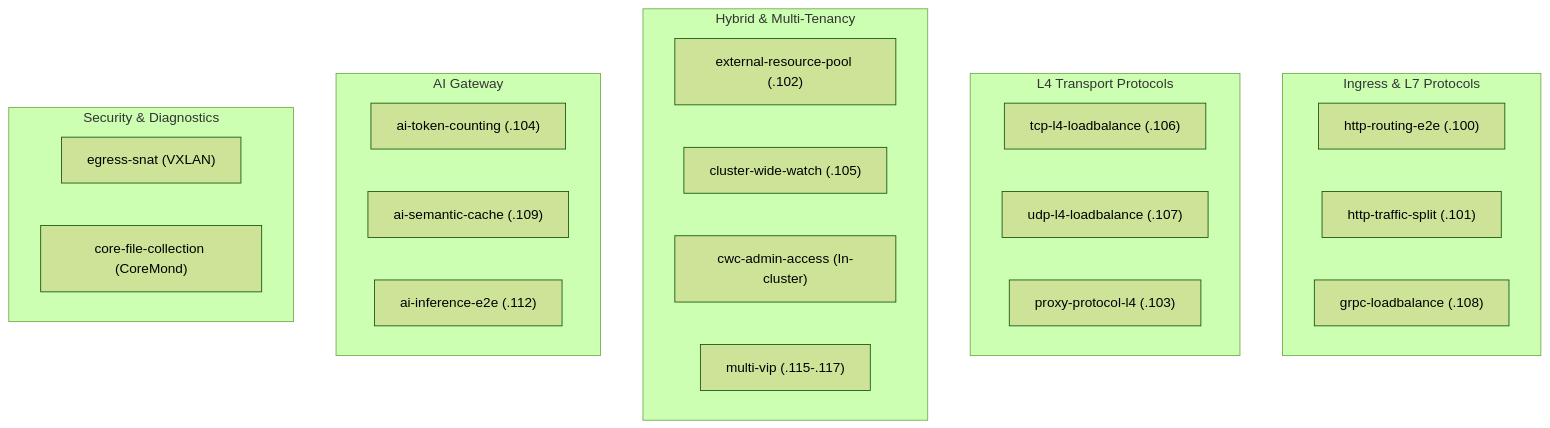
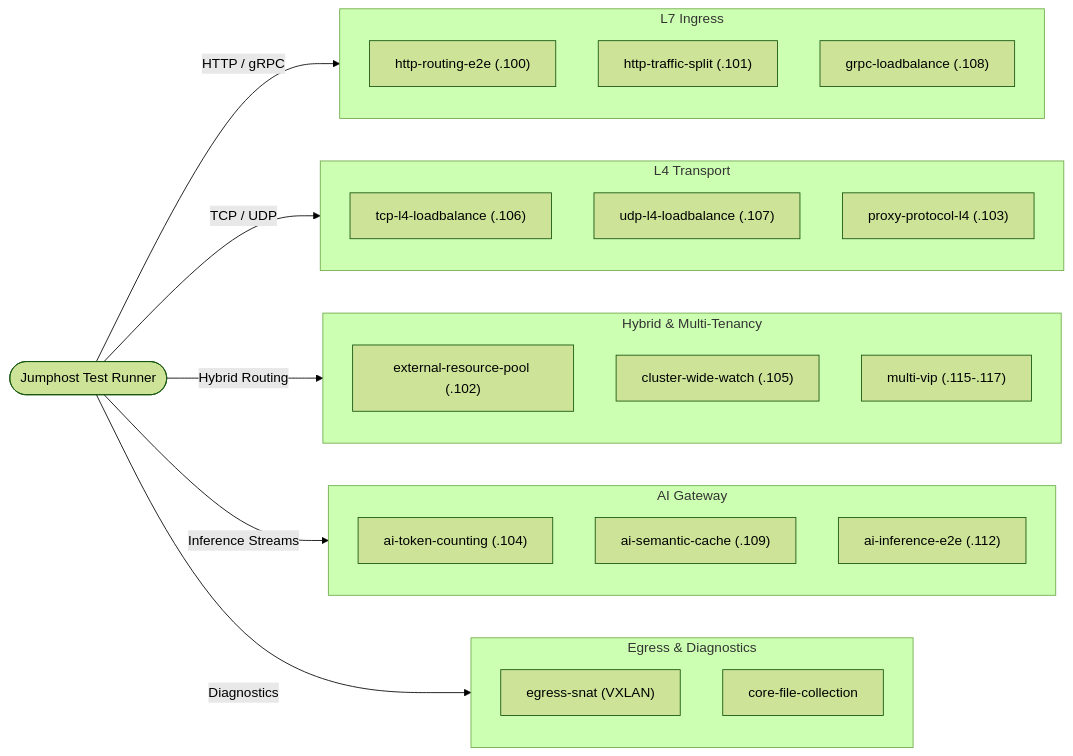
The third of 4 diagrams in README.md (JLCode-tech/awsbnkctl), drawn with Mermaid (forest theme) before and after one commit. The commit also changed other lines of this file and 2 other files, not shown here.

Commit message:
docs: modernize diagrams and remove sales jargon

````diff
--- a/README.md
+++ b/README.md
@@ -183,32 +192,39 @@
 ```mermaid
-flowchart TD
-    subgraph SCN_L7["Ingress & L7 Protocols"]
-        S1["http-routing-e2e (.100)"]
-        S2["http-traffic-split (.101)"]
-        S3["grpc-loadbalance (.108)"]
+flowchart LR
+    JH([Jumphost Test Runner])
+
+    subgraph L7["L7 Ingress"]
+        HTTP["http-routing-e2e (.100)"]
+        Split["http-traffic-split (.101)"]
+        GRPC["grpc-loadbalance (.108)"]
     end
 
-    subgraph SCN_L4["L4 Transport Protocols"]
-        S4["tcp-l4-loadbalance (.106)"]
-        S5["udp-l4-loadbalance (.107)"]
-        S6["proxy-protocol-l4 (.103)"]
+    subgraph L4["L4 Transport"]
+        TCP["tcp-l4-loadbalance (.106)"]
+        UDP["udp-l4-loadbalance (.107)"]
+        PP["proxy-protocol-l4 (.103)"]
     end
 
-    subgraph SCN_Hybrid["Hybrid & Multi-Tenancy"]
-        S7["external-resource-pool (.102)"]
-        S8["cluster-wide-watch (.105)"]
-        S9["cwc-admin-access (In-cluster)"]
-        S10["multi-vip (.115-.117)"]
+    subgraph Hybrid["Hybrid & Multi-Tenancy"]
+        Ext["external-resource-pool (.102)"]
+        CWC["cluster-wide-watch (.105)"]
+        MultiVIP["multi-vip (.115-.117)"]
     end
 
-    subgraph SCN_AI["AI Gateway"]
-        S11["ai-token-counting (.104)"]
-        S12["ai-semantic-cache (.109)"]
-        S13["ai-inference-e2e (.112)"]
+    subgraph AI["AI Gateway"]
+        Tokens["ai-token-counting (.104)"]
+        Cache["ai-semantic-cache (.109)"]
+        Infer["ai-inference-e2e (.112)"]
     end
 
-    subgraph SCN_Sec["Security & Diagnostics"]
-        S14["egress-snat (VXLAN)"]
-        S15["core-file-collection (CoreMond)"]
+    subgraph Diagnostics["Egress & Diagnostics"]
+        SNAT["egress-snat (VXLAN)"]
+        Core["core-file-collection"]
     end
+
+    JH -->|HTTP / gRPC| L7
+    JH -->|TCP / UDP| L4
+    JH -->|Hybrid Routing| Hybrid
+    JH -->|Inference Streams| AI
+    JH -->|Diagnostics| Diagnostics
 ```
````
